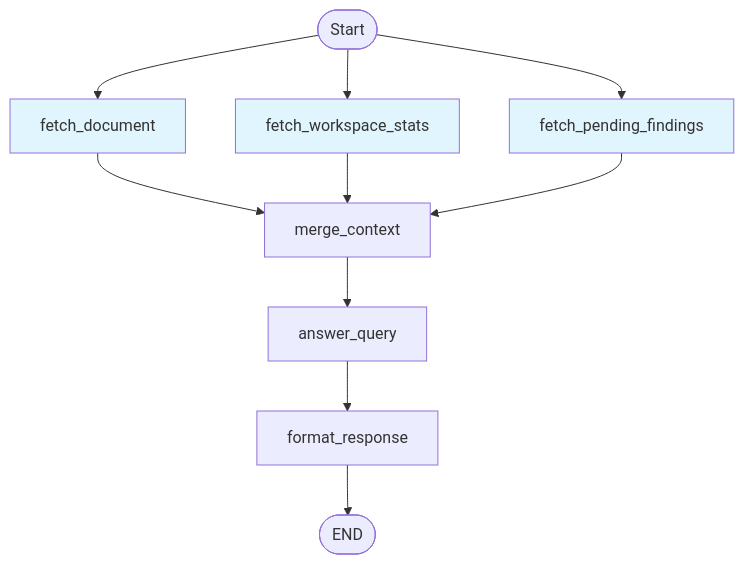
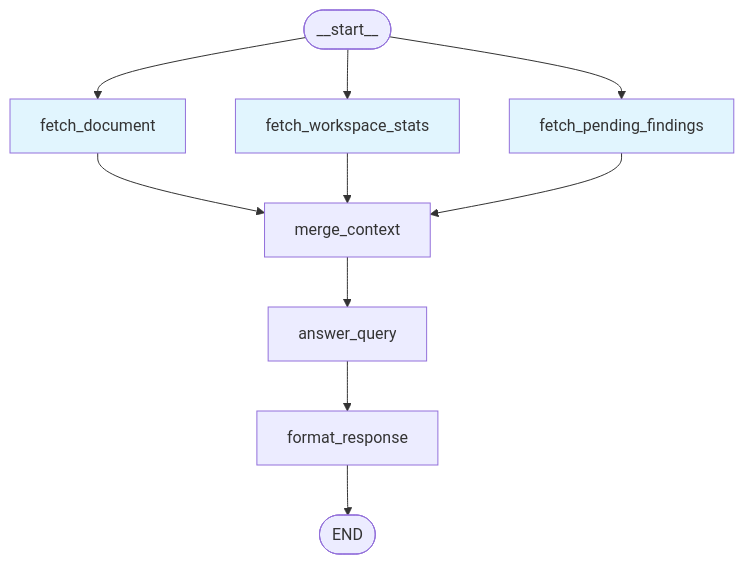
One commit to lramosve/fleetgraph changed the second of 2 diagrams in FLEETGRAPH.md. Above: the diagram before and after it, drawn with Mermaid. The commit also changed other lines of this file, not shown here.

````diff
--- a/FLEETGRAPH.md
+++ b/FLEETGRAPH.md
@@ -62,16 +58,16 @@
 ```mermaid
 graph TD
-    START([Start]) --> fetch_document
+    START([__start__]) --> fetch_document
     START --> fetch_workspace_stats
     START --> fetch_pending_findings
     fetch_document --> merge_context
     fetch_workspace_stats --> merge_context
     fetch_pending_findings --> merge_context
     merge_context --> answer_query
     answer_query --> format_response
     format_response --> END([END])
 
     style fetch_document fill:#e1f5fe
     style fetch_workspace_stats fill:#e1f5fe
     style fetch_pending_findings fill:#e1f5fe
 ```
````
